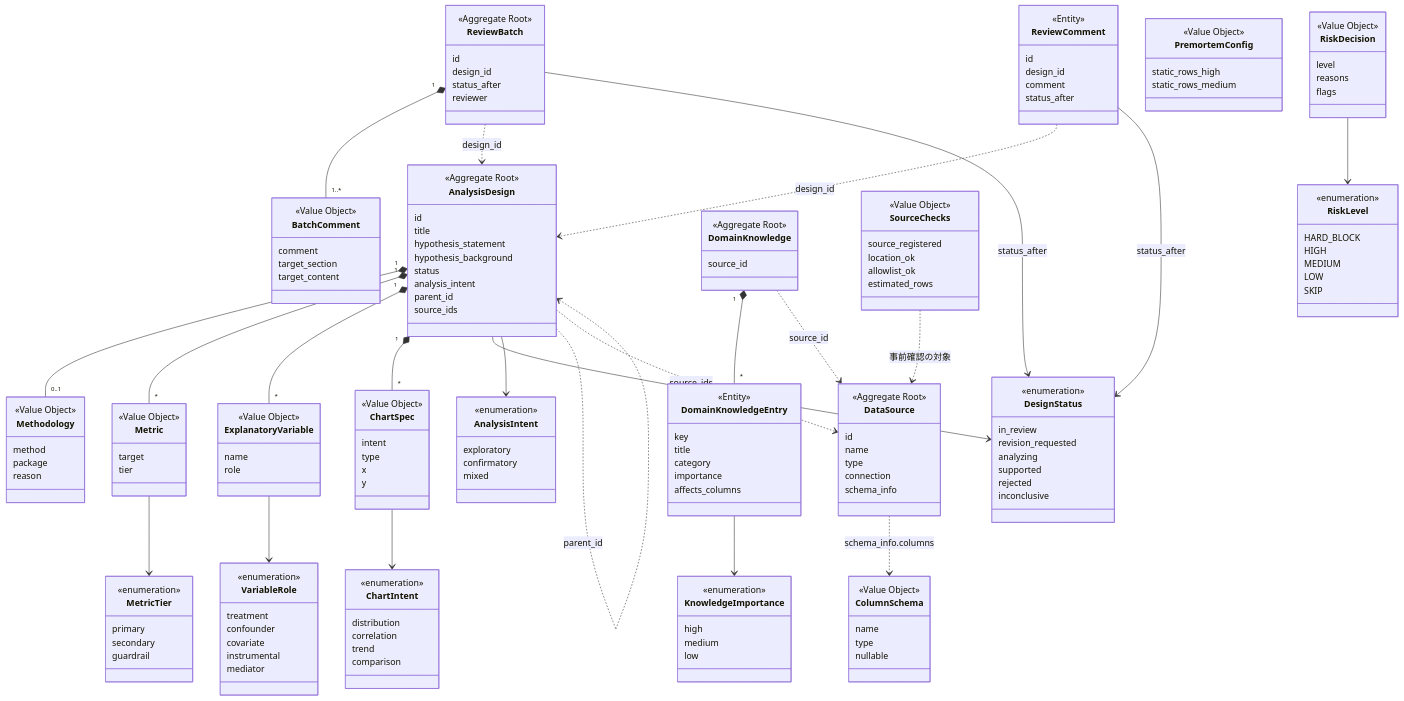
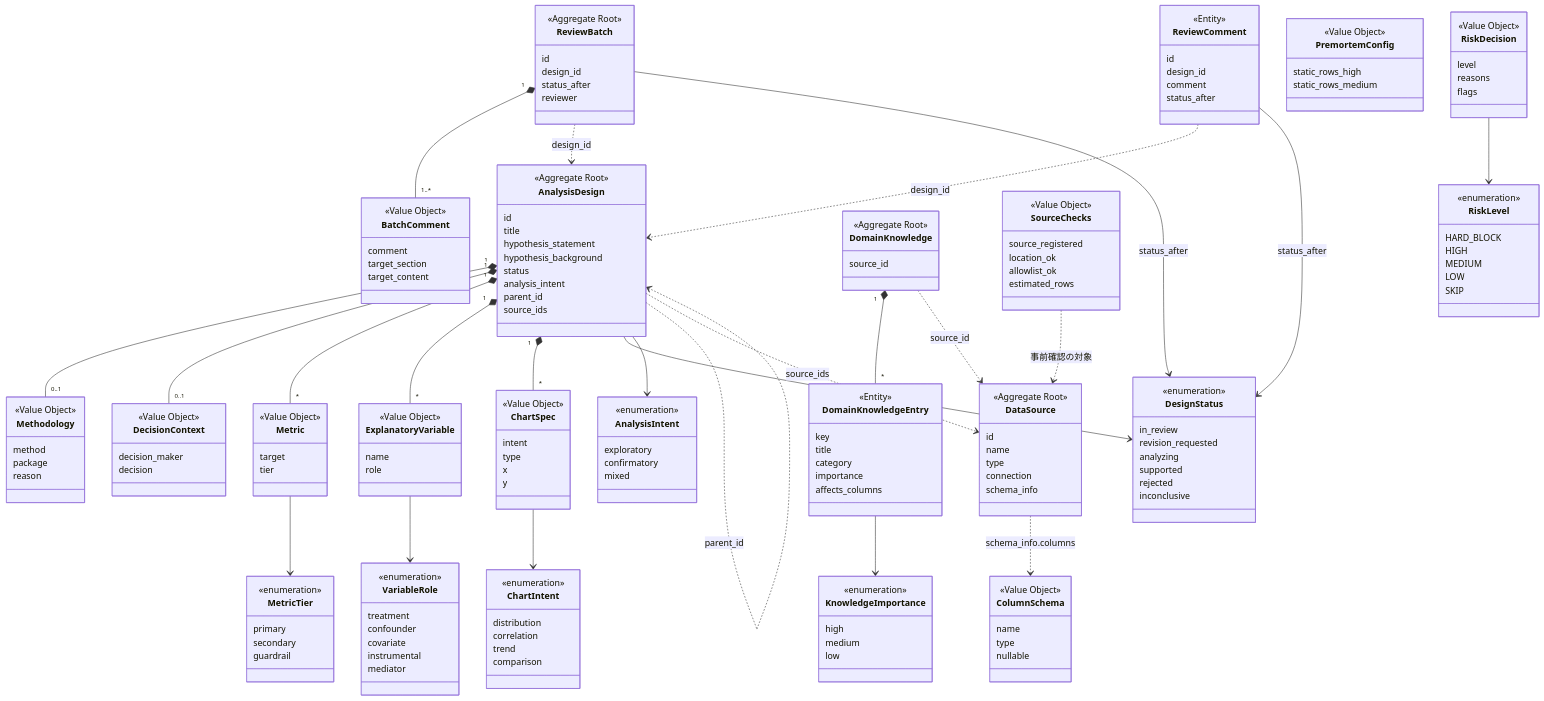
Before and after one commit to etoyama/insight-blueprint-skills: the sixth of 6 diagrams in docs/ARCHITECTURE.md, drawn with Mermaid. The commit also changed other lines of this file and 6 other files, not shown here.

Commit message:
docs(#64): ADR-0014 を書き、決定の文脈を用語・ARCHITECTURE・DesignDoc に反映する

```diff
--- a/docs/ARCHITECTURE.md
+++ b/docs/ARCHITECTURE.md
@@ -358,6 +358,11 @@
         method
         package
         reason
+    }
+    class DecisionContext {
+        <<Value Object>>
+        decision_maker
+        decision
     }
     class Metric {
         <<Value Object>>
@@ -492,6 +497,7 @@
     }
 
     AnalysisDesign "1" *-- "0..1" Methodology
+    AnalysisDesign "1" *-- "0..1" DecisionContext
     AnalysisDesign "1" *-- "*" Metric
     AnalysisDesign "1" *-- "*" ExplanatoryVariable
     AnalysisDesign "1" *-- "*" ChartSpec
```
